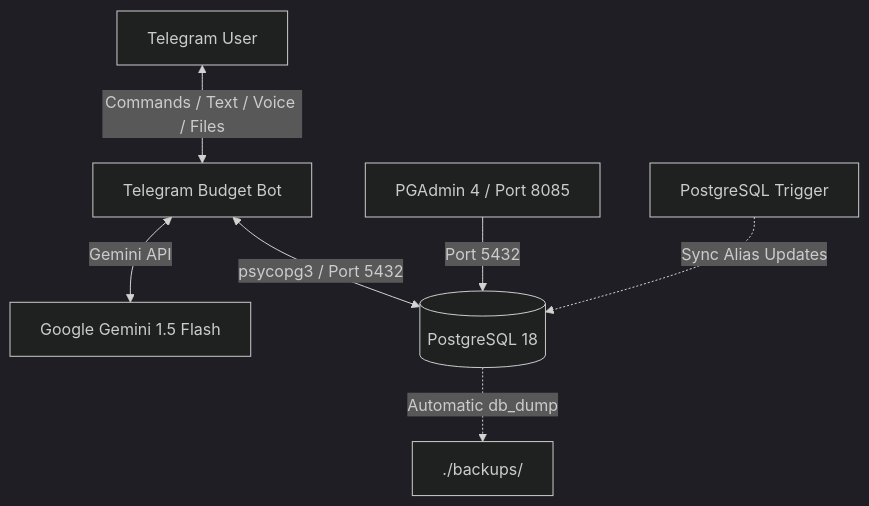
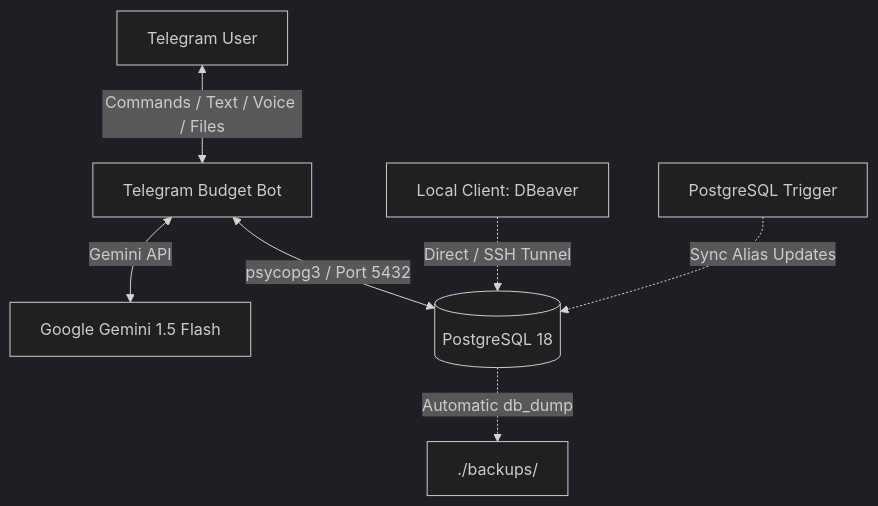
One commit to shdrn2402/family-budget-bot changed the diagram in README.md. Above: the diagram before and after it, drawn with Mermaid (dark theme). The commit also changed other lines of this file, not shown here.

Commit message:
docs: remove pgadmin, document dbeaver access, and update project name [skip ci]

````diff
--- a/README.md
+++ b/README.md
@@ -15,9 +16,9 @@
 ```mermaid
 graph TD
     TelegramUser[Telegram User] <--> |Commands / Text / Voice / Files| Bot[Telegram Budget Bot]
     Bot <--> |Gemini API| Gemini[Google Gemini 1.5 Flash]
     Bot <--> |psycopg3 / Port 5432| DB[(PostgreSQL 18)]
-    PGAdmin[PGAdmin 4 / Port 8085] --> |Port 5432| DB
+    DBClient[Local Client: DBeaver] -.-> |Direct / SSH Tunnel| DB
     DB -.-> |Automatic db_dump| Backup[./backups/]
     DBTrigger[PostgreSQL Trigger] -.-> |Sync Alias Updates| DB
 ```
````
